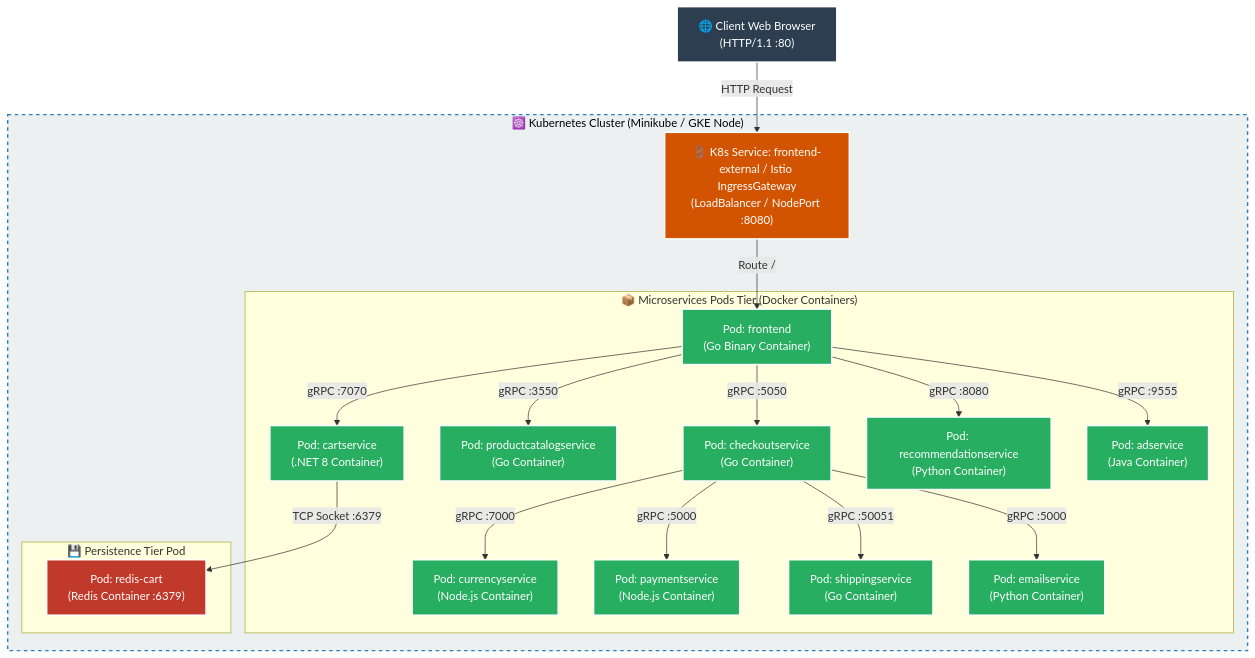
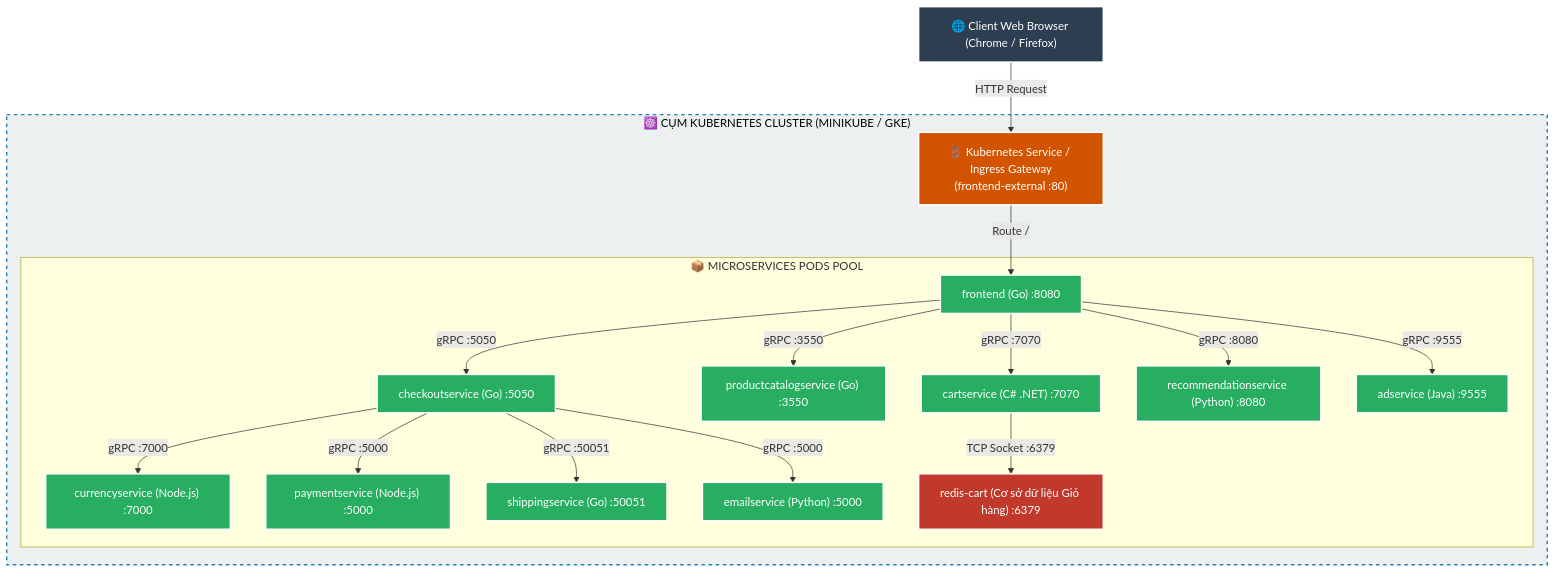
One commit to Bubusr/FULL_KTPM changed the first of 8 diagrams in Refine1_5.md. Above: the diagram before and after it, drawn with Mermaid. The commit also changed other lines of this file and 21 other files, not shown here.

````diff
--- a/Refine1_5.md
+++ b/Refine1_5.md
@@ -73,46 +64,43 @@
 ```mermaid
 graph TD
     classDef clientStyle fill:#2c3e50,stroke:#fff,stroke-width:2px,color:#fff;
     classDef ingressStyle fill:#d35400,stroke:#fff,stroke-width:2px,color:#fff;
     classDef k8sNode fill:#ecf0f1,stroke:#2980b9,stroke-width:2px,stroke-dasharray: 5 5,color:#000;
     classDef podStyle fill:#27ae60,stroke:#fff,stroke-width:2px,color:#fff;
     classDef dbPodStyle fill:#c0392b,stroke:#fff,stroke-width:2px,color:#fff;
 
-    Client["🌐 Client Web Browser<br>(HTTP/1.1 :80)"]:::clientStyle
+    Client["🌐 Client Web Browser (Chrome / Firefox)"]:::clientStyle
 
-    subgraph K8S_CLUSTER["☸️ Kubernetes Cluster (Minikube / GKE Node)"]
-        Ingress["🚪 K8s Service: frontend-external / Istio IngressGateway<br>(LoadBalancer / NodePort :8080)"]:::ingressStyle
-
-        subgraph PODS_TIER["📦 Microservices Pods Tier (Docker Containers)"]
-            FrontendPod["Pod: frontend<br>(Go Binary Container)"]:::podStyle
-            CartPod["Pod: cartservice<br>(.NET 8 Container)"]:::podStyle
-            CatalogPod["Pod: productcatalogservice<br>(Go Container)"]:::podStyle
-            CheckoutPod["Pod: checkoutservice<br>(Go Container)"]:::podStyle
-            CurrencyPod["Pod: currencyservice<br>(Node.js Container)"]:::podStyle
-            PaymentPod["Pod: paymentservice<br>(Node.js Container)"]:::podStyle
-            ShippingPod["Pod: shippingservice<br>(Go Container)"]:::podStyle
-            EmailPod["Pod: emailservice<br>(Python Container)"]:::podStyle
-            RecPod["Pod: recommendationservice<br>(Python Container)"]:::podStyle
-            AdPod["Pod: adservice<br>(Java Container)"]:::podStyle
-        end
-
-        subgraph DB_TIER["💾 Persistence Tier Pod"]
-            RedisPod["Pod: redis-cart<br>(Redis Container :6379)"]:::dbPodStyle
+    subgraph K8S_CLUSTER["☸️ CỤM KUBERNETES CLUSTER (MINIKUBE / GKE)"]
+        Ingress["🚪 Kubernetes Service / Ingress Gateway<br>(frontend-external :80)"]:::ingressStyle
+        
+        subgraph PODS["📦 MICROSERVICES PODS POOL"]
+            FrontendPod["frontend (Go) :8080"]:::podStyle
+            CartPod["cartservice (C# .NET) :7070"]:::podStyle
+            CatalogPod["productcatalogservice (Go) :3550"]:::podStyle
+            CurrencyPod["currencyservice (Node.js) :7000"]:::podStyle
+            PaymentPod["paymentservice (Node.js) :5000"]:::podStyle
+            ShippingPod["shippingservice (Go) :50051"]:::podStyle
+            EmailPod["emailservice (Python) :5000"]:::podStyle
+            CheckoutPod["checkoutservice (Go) :5050"]:::podStyle
+            RecPod["recommendationservice (Python) :8080"]:::podStyle
+            AdPod["adservice (Java) :9555"]:::podStyle
+            RedisPod["redis-cart (Cơ sở dữ liệu Giỏ hàng) :6379"]:::dbPodStyle
         end
     end
 
     Client -->|HTTP Request| Ingress
     Ingress -->|Route / | FrontendPod
     FrontendPod -->|gRPC :7070| CartPod
     FrontendPod -->|gRPC :3550| CatalogPod
     FrontendPod -->|gRPC :5050| CheckoutPod
     FrontendPod -->|gRPC :8080| RecPod
     FrontendPod -->|gRPC :9555| AdPod
     CheckoutPod -->|gRPC :5000| PaymentPod
     CheckoutPod -->|gRPC :50051| ShippingPod
     CheckoutPod -->|gRPC :5000| EmailPod
     CheckoutPod -->|gRPC :7000| CurrencyPod
     CartPod -->|TCP Socket :6379| RedisPod
 
     class K8S_CLUSTER k8sNode;
 ```
````
